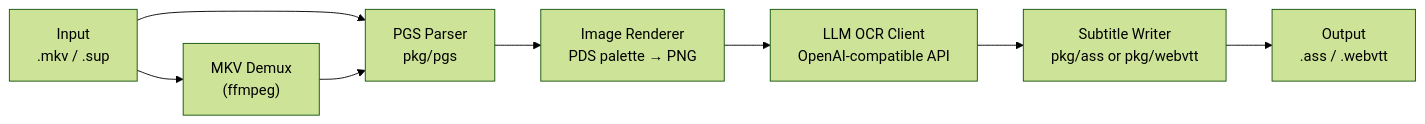
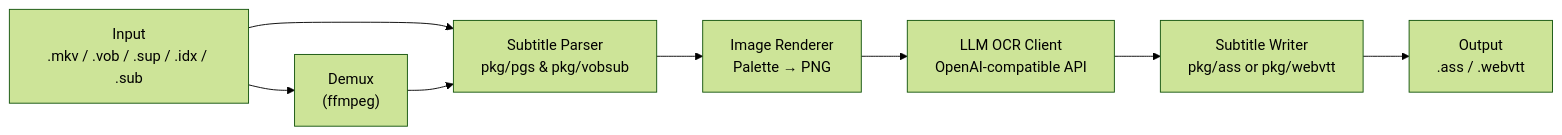
The diagram in design.md (GitGerby/linotype), drawn with Mermaid (forest theme) before and after one commit. The commit also changed other lines of this file and 15 other files, not shown here.

First line of the commit message:
feat: Expand subtitle format support to VOBSUB and index files

````diff
--- a/design.md
+++ b/design.md
@@ -13,10 +13,10 @@
 ```mermaid
 flowchart LR
-    A["Input<br/>.mkv / .sup"] --> B["MKV Demux<br/>(ffmpeg)"]
-    A --> C["PGS Parser<br/>pkg/pgs"]
+    A["Input<br/>.mkv / .vob / .sup / .idx / .sub"] --> B["Demux<br/>(ffmpeg)"]
+    A --> C["Subtitle Parser<br/>pkg/pgs & pkg/vobsub"]
     B --> C
-    C --> D["Image Renderer<br/>PDS palette → PNG"]
+    C --> D["Image Renderer<br/>Palette → PNG"]
     D --> E["LLM OCR Client<br/>OpenAI-compatible API"]
     E --> F["Subtitle Writer<br/>pkg/ass or pkg/webvtt"]
     F --> G["Output<br/>.ass / .webvtt"]
 ```
````
